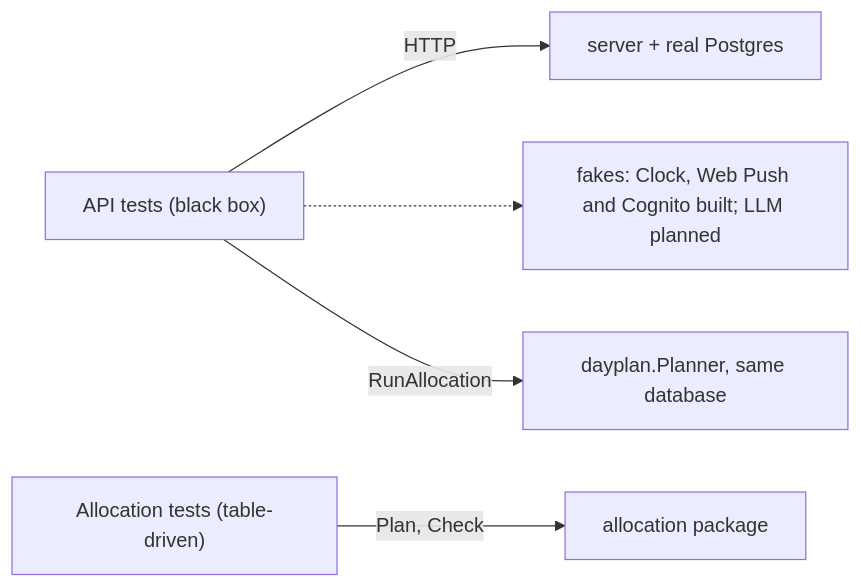
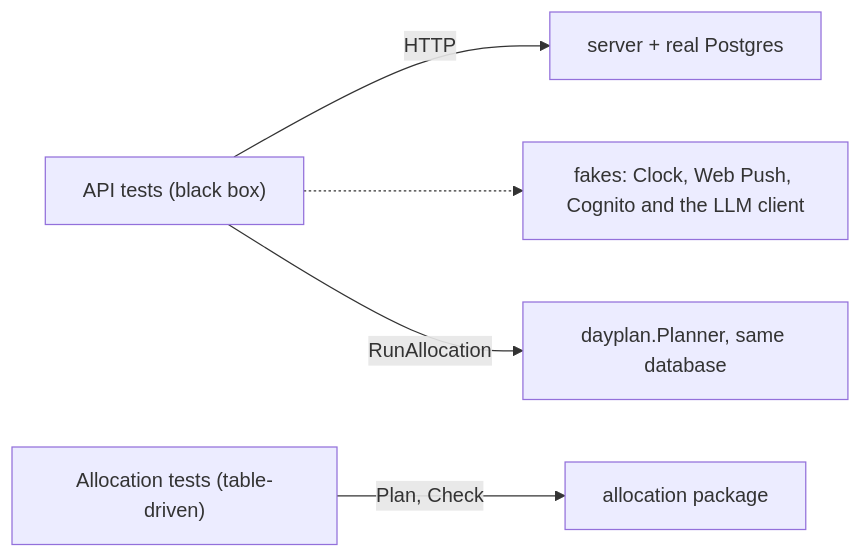
The third of 3 diagrams in docs/architecture/backend.md (AbnerWillclefy/Homeowner), drawn with Mermaid before and after one commit. The commit also changed other lines of this file and 4 other files, not shown here.

Commit message:
docs(architecture): describe the llm allocator, its cap and its switch (#26)

````diff
--- a/docs/architecture/backend.md
+++ b/docs/architecture/backend.md
@@ -225,7 +226,7 @@
 ```mermaid
 flowchart LR
     T1["API tests (black box)"] -->|HTTP| S["server + real Postgres"]
-    T1 -.-> F["fakes: Clock, Web Push and Cognito built; LLM planned"]
+    T1 -.-> F["fakes: Clock, Web Push, Cognito and the LLM client"]
     T1 -->|"RunAllocation"| P["dayplan.Planner, same database"]
     T2["Allocation tests (table-driven)"] -->|Plan, Check| A["allocation package"]
 ```
````
